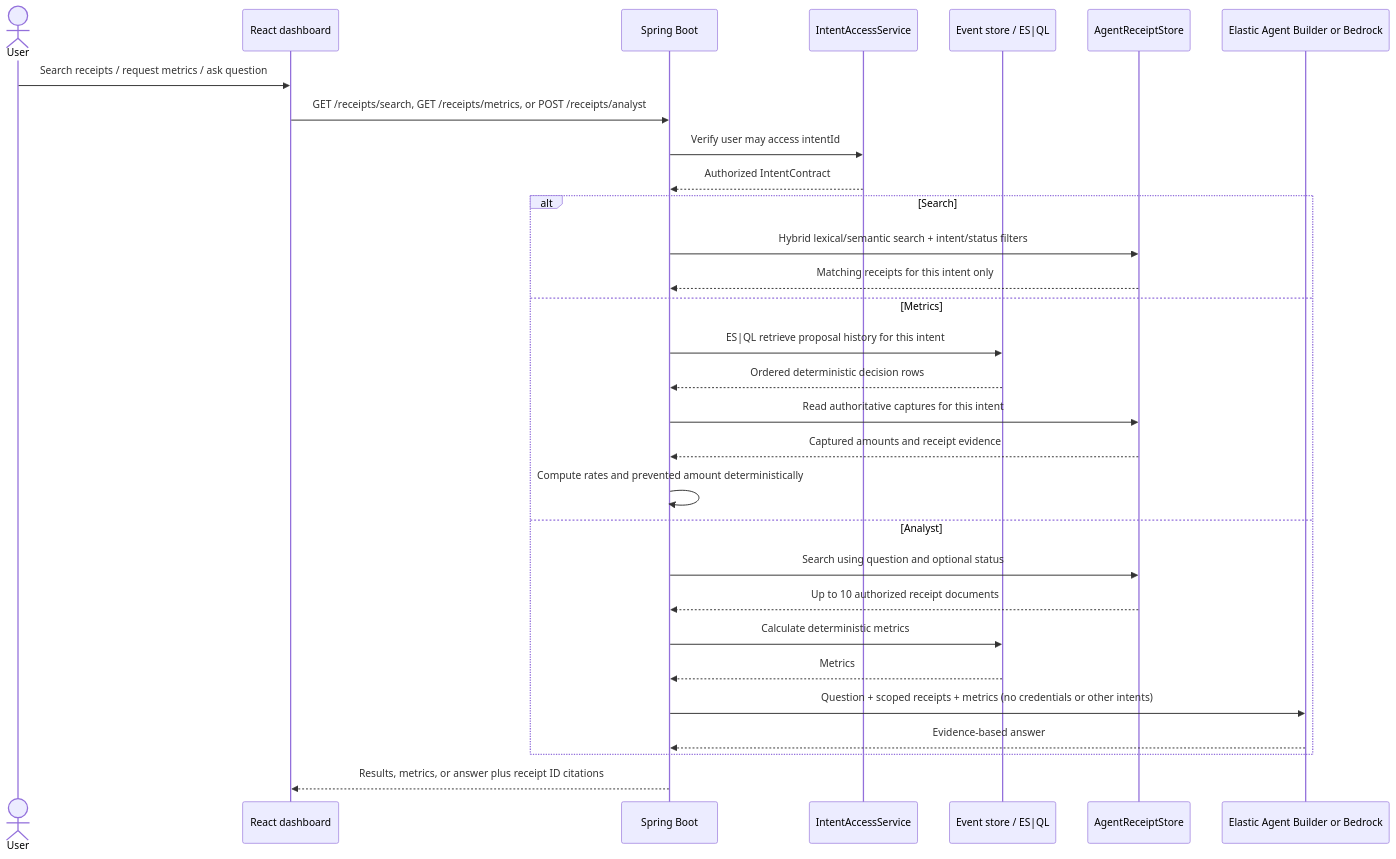
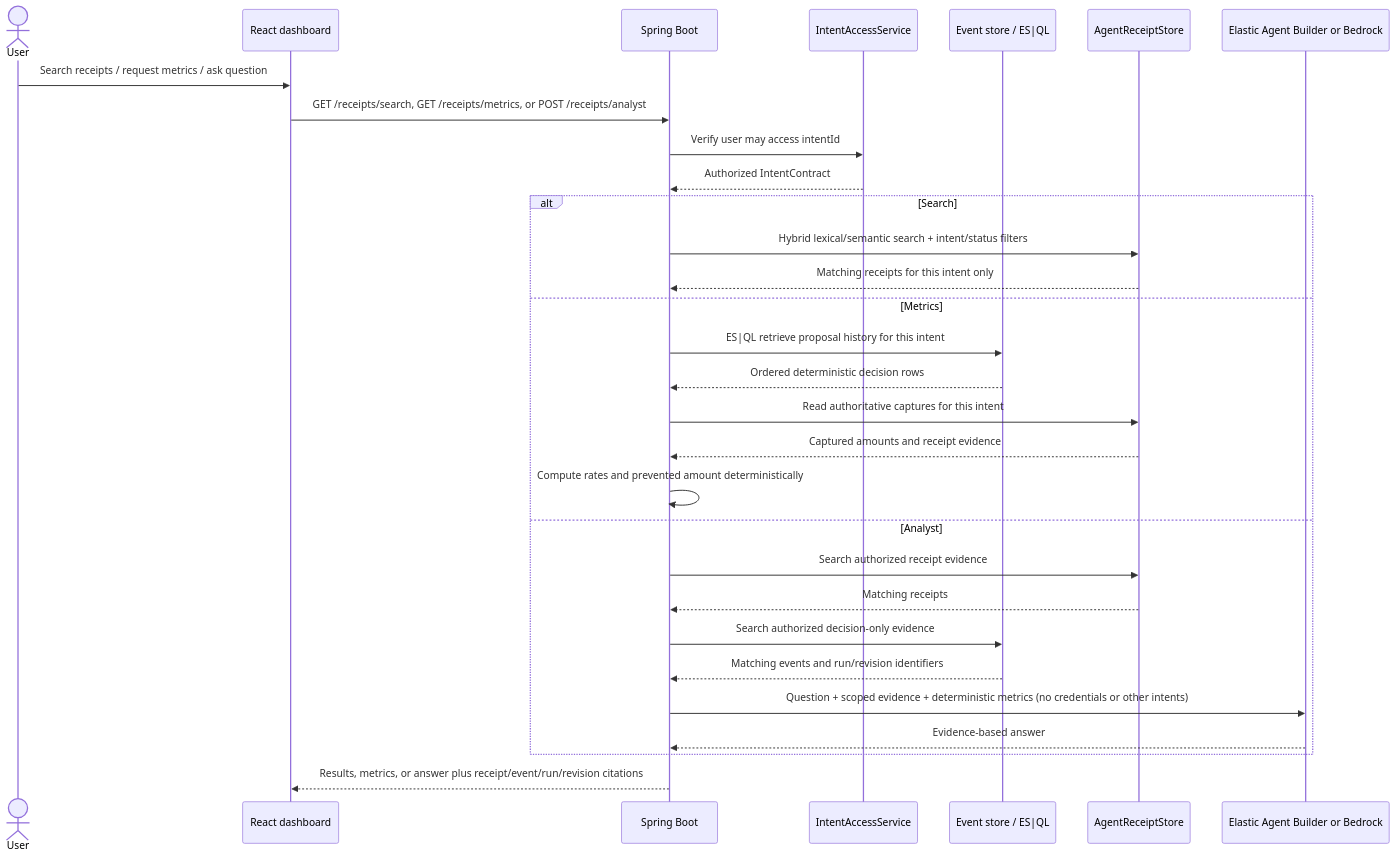
Before and after one commit to aashanashanu/intent-os: the fourth of 4 diagrams in docs/architecture.md, drawn with Mermaid. The commit also changed other lines of this file and 84 other files, not shown here.

````diff
--- a/docs/architecture.md
+++ b/docs/architecture.md
@@ -137,33 +143,33 @@
 ```mermaid
 sequenceDiagram
     actor User
     participant UI as React dashboard
     participant API as Spring Boot
     participant Access as IntentAccessService
     participant Events as Event store / ES|QL
     participant Receipts as AgentReceiptStore
     participant Analyst as Elastic Agent Builder or Bedrock
 
     User->>UI: Search receipts / request metrics / ask question
     UI->>API: GET /receipts/search, GET /receipts/metrics, or POST /receipts/analyst
     API->>Access: Verify user may access intentId
     Access-->>API: Authorized IntentContract
     alt Search
         API->>Receipts: Hybrid lexical/semantic search + intent/status filters
         Receipts-->>API: Matching receipts for this intent only
     else Metrics
         API->>Events: ES|QL retrieve proposal history for this intent
         Events-->>API: Ordered deterministic decision rows
         API->>Receipts: Read authoritative captures for this intent
         Receipts-->>API: Captured amounts and receipt evidence
         API->>API: Compute rates and prevented amount deterministically
     else Analyst
-        API->>Receipts: Search using question and optional status
-        Receipts-->>API: Up to 10 authorized receipt documents
-        API->>Events: Calculate deterministic metrics
-        Events-->>API: Metrics
-        API->>Analyst: Question + scoped receipts + metrics (no credentials or other intents)
+        API->>Receipts: Search authorized receipt evidence
+        Receipts-->>API: Matching receipts
+        API->>Events: Search authorized decision-only evidence
+        Events-->>API: Matching events and run/revision identifiers
+        API->>Analyst: Question + scoped evidence + deterministic metrics (no credentials or other intents)
         Analyst-->>API: Evidence-based answer
     end
-    API-->>UI: Results, metrics, or answer plus receipt ID citations
+    API-->>UI: Results, metrics, or answer plus receipt/event/run/revision citations
 ```
````
